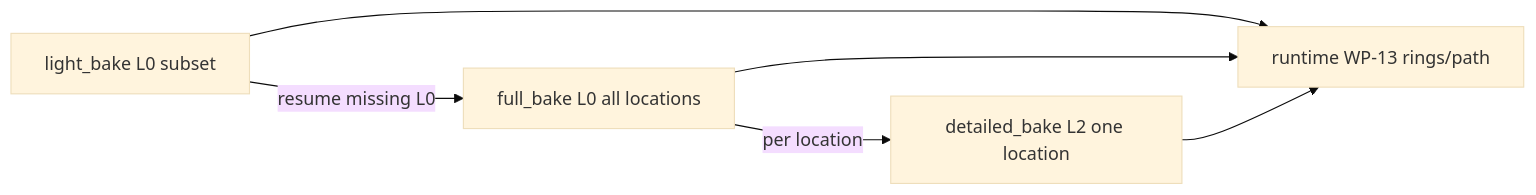
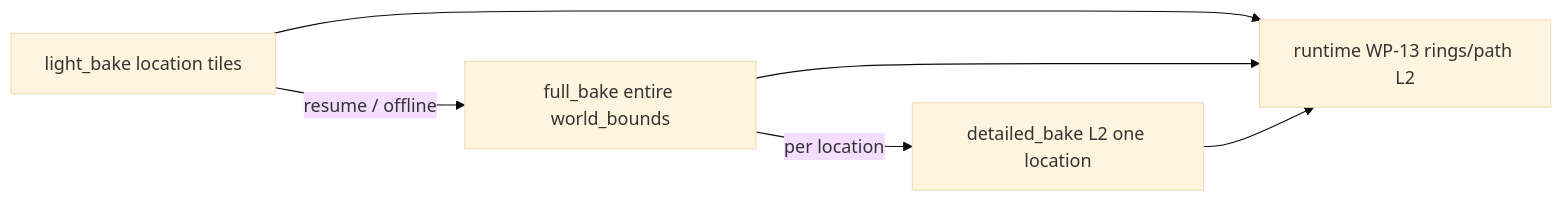
One commit to AndrewBondaren/AI-Project changed the third of 15 diagrams in docs/tz_world_pack_storage.md. Above: the diagram before and after it, drawn with Mermaid (base theme). The commit also changed other lines of this file and 29 other files, not shown here.

````diff
--- a/docs/tz_world_pack_storage.md
+++ b/docs/tz_world_pack_storage.md
@@ -291,12 +291,12 @@
 ```mermaid
 flowchart LR
-  LB["light_bake L0 subset"]
-  FB["full_bake L0 all locations"]
+  LB["light_bake location tiles"]
+  FB["full_bake entire world_bounds"]
   DB["detailed_bake L2 one location"]
-  RT["runtime WP-13 rings/path"]
-  LB -->|"resume missing L0"| FB
+  RT["runtime WP-13 rings/path L2"]
+  LB -->|"resume / offline"| FB
   FB -->|"per location"| DB
   LB --> RT
   FB --> RT
   DB --> RT
 ```
````
